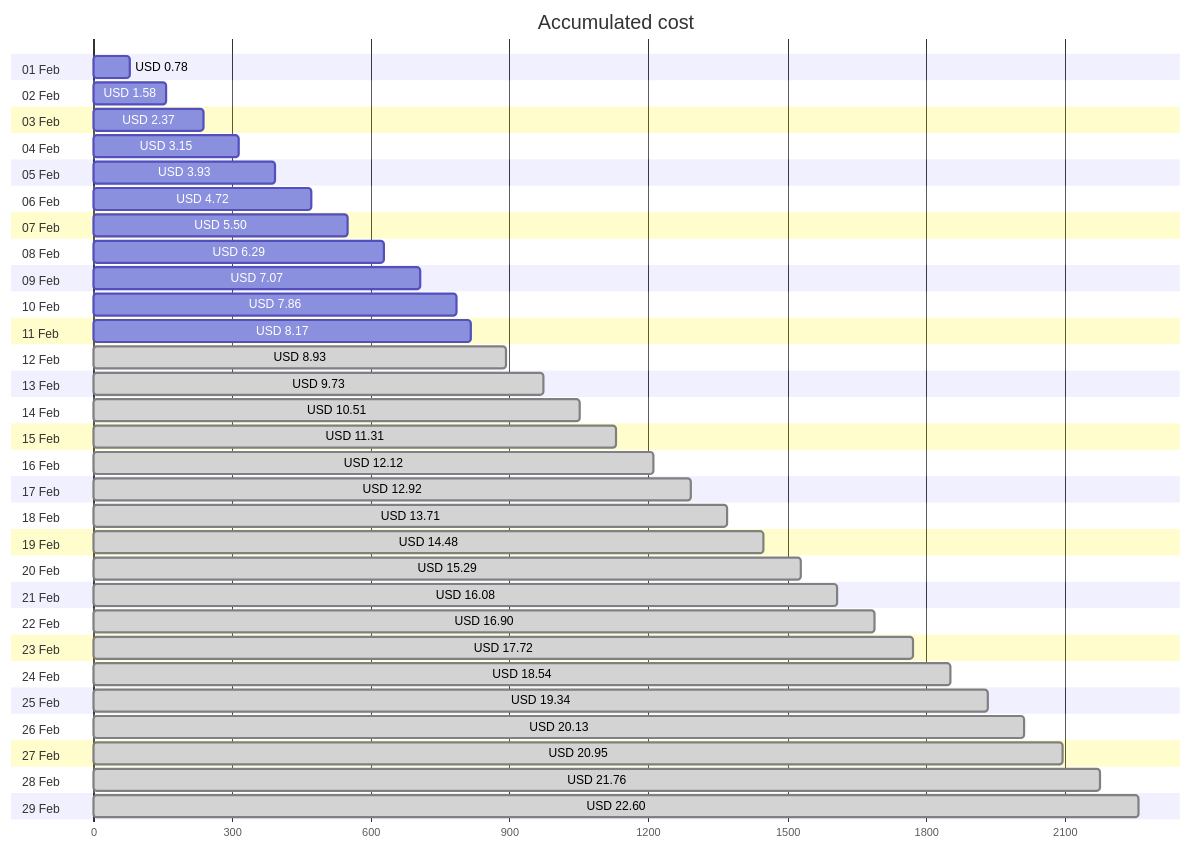
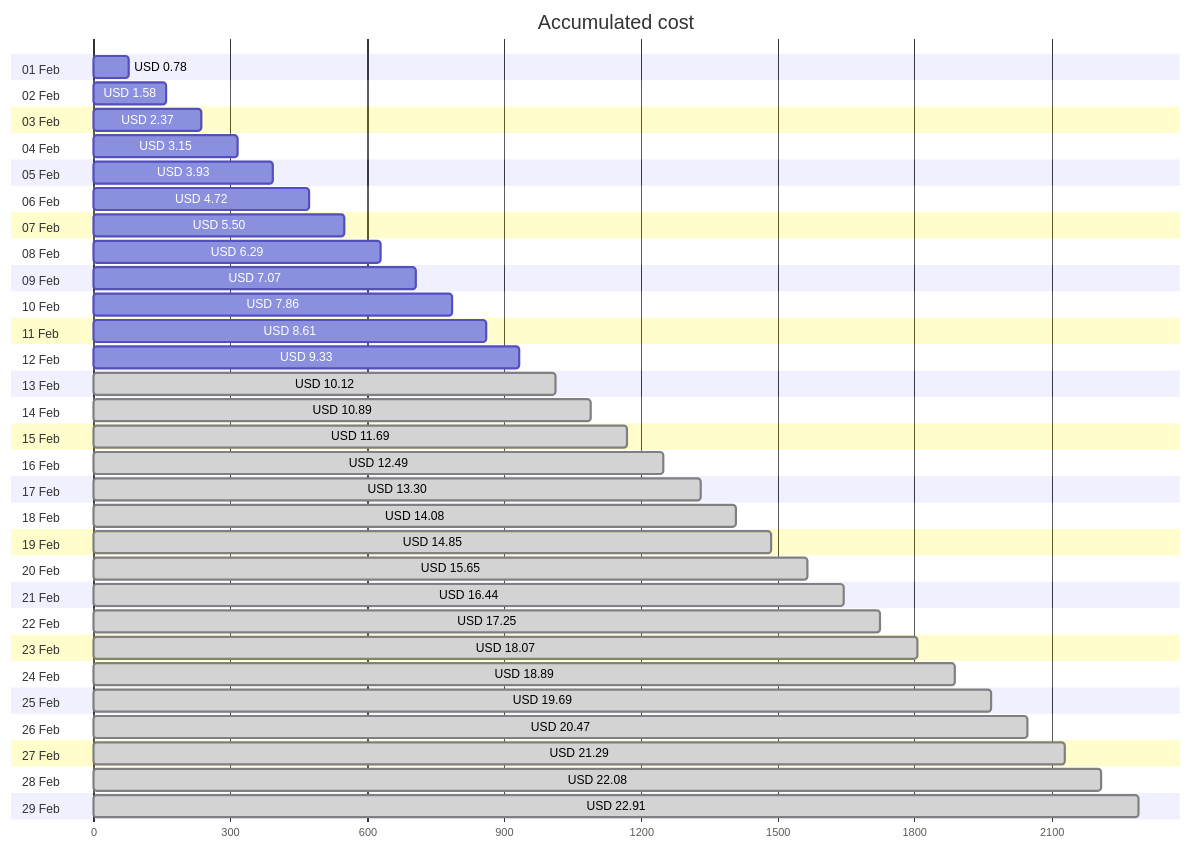
The first of 4 diagrams in cost-reports/personal-network/backup-server-data-disk.md (jpfulton/azure-personal-reports), drawn with Mermaid before and after one commit. The commit also changed other lines of this file and 8 other files, not shown here.

````diff
--- a/cost-reports/personal-network/backup-server-data-disk.md
+++ b/cost-reports/personal-network/backup-server-data-disk.md
@@ -20,64 +20,64 @@
 ```mermaid
 gantt
    title Accumulated cost
    dateFormat  X
    axisFormat %s
    section 01 Feb
    USD 0.78 :0, 78
    section 02 Feb
    USD 1.58 :0, 158
    section 03 Feb
    USD 2.37 :0, 237
    section 04 Feb
    USD 3.15 :0, 315
    section 05 Feb
    USD 3.93 :0, 393
    section 06 Feb
    USD 4.72 :0, 472
    section 07 Feb
    USD 5.50 :0, 550
    section 08 Feb
    USD 6.29 :0, 629
    section 09 Feb
    USD 7.07 :0, 707
    section 10 Feb
    USD 7.86 :0, 786
    section 11 Feb
-   USD 8.17 :0, 817
+   USD 8.61 :0, 861
    section 12 Feb
-   USD 8.93 : done, 0, 893
+   USD 9.33 :0, 933
    section 13 Feb
-   USD 9.73 : done, 0, 973
+   USD 10.12 : done, 0, 1012
    section 14 Feb
-   USD 10.51 : done, 0, 1051
+   USD 10.89 : done, 0, 1089
    section 15 Feb
-   USD 11.31 : done, 0, 1131
+   USD 11.69 : done, 0, 1169
    section 16 Feb
-   USD 12.12 : done, 0, 1212
+   USD 12.49 : done, 0, 1249
    section 17 Feb
-   USD 12.92 : done, 0, 1292
+   USD 13.30 : done, 0, 1330
    section 18 Feb
-   USD 13.71 : done, 0, 1371
+   USD 14.08 : done, 0, 1408
    section 19 Feb
-   USD 14.48 : done, 0, 1448
+   USD 14.85 : done, 0, 1485
    section 20 Feb
-   USD 15.29 : done, 0, 1529
+   USD 15.65 : done, 0, 1565
    section 21 Feb
-   USD 16.08 : done, 0, 1608
+   USD 16.44 : done, 0, 1644
    section 22 Feb
-   USD 16.90 : done, 0, 1690
+   USD 17.25 : done, 0, 1725
    section 23 Feb
-   USD 17.72 : done, 0, 1772
+   USD 18.07 : done, 0, 1807
    section 24 Feb
-   USD 18.54 : done, 0, 1854
+   USD 18.89 : done, 0, 1889
    section 25 Feb
-   USD 19.34 : done, 0, 1934
+   USD 19.69 : done, 0, 1969
    section 26 Feb
-   USD 20.13 : done, 0, 2013
+   USD 20.47 : done, 0, 2047
    section 27 Feb
-   USD 20.95 : done, 0, 2095
+   USD 21.29 : done, 0, 2129
    section 28 Feb
-   USD 21.76 : done, 0, 2176
+   USD 22.08 : done, 0, 2208
    section 29 Feb
-   USD 22.60 : done, 0, 2260
+   USD 22.91 : done, 0, 2291
 ```
````
